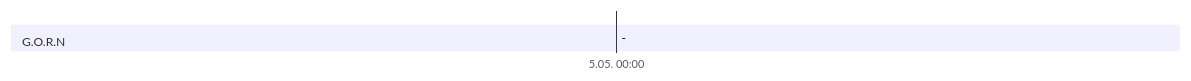
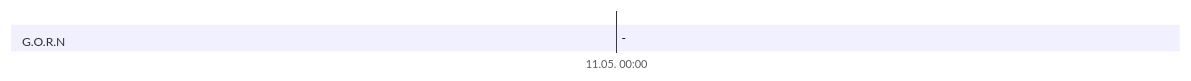
Before and after one commit to LorenJaffrey/DnD_PFT: diagram 18 of 20 in Kampagne/Timeline Kampagne 2.md, drawn with Mermaid. The commit also changed other lines of this file, not shown here.

Commit message:
Timeline aktualisiert

````diff
--- a/Kampagne/Timeline Kampagne 2.md
+++ b/Kampagne/Timeline Kampagne 2.md
@@ -217,9 +290,9 @@
 ```mermaid
 gantt
 	dateFormat HH:mm
 	axisFormat %e.%m. %H:%M
 	tickinterval 1hour
-	weekday sunday
+	weekday monday
 	section G.O.R.N
-		-: a1, 2024-05-05 00:00, 
+		-: a1, 2024-05-11 00:00, 
 ```
````
